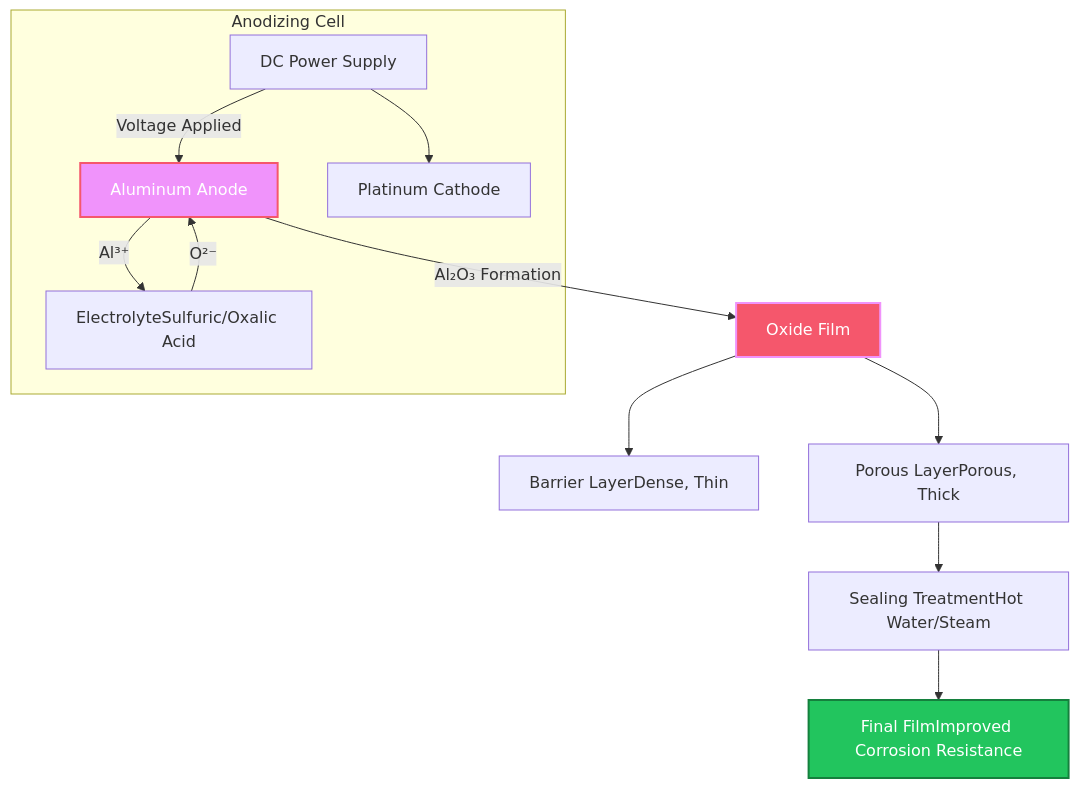
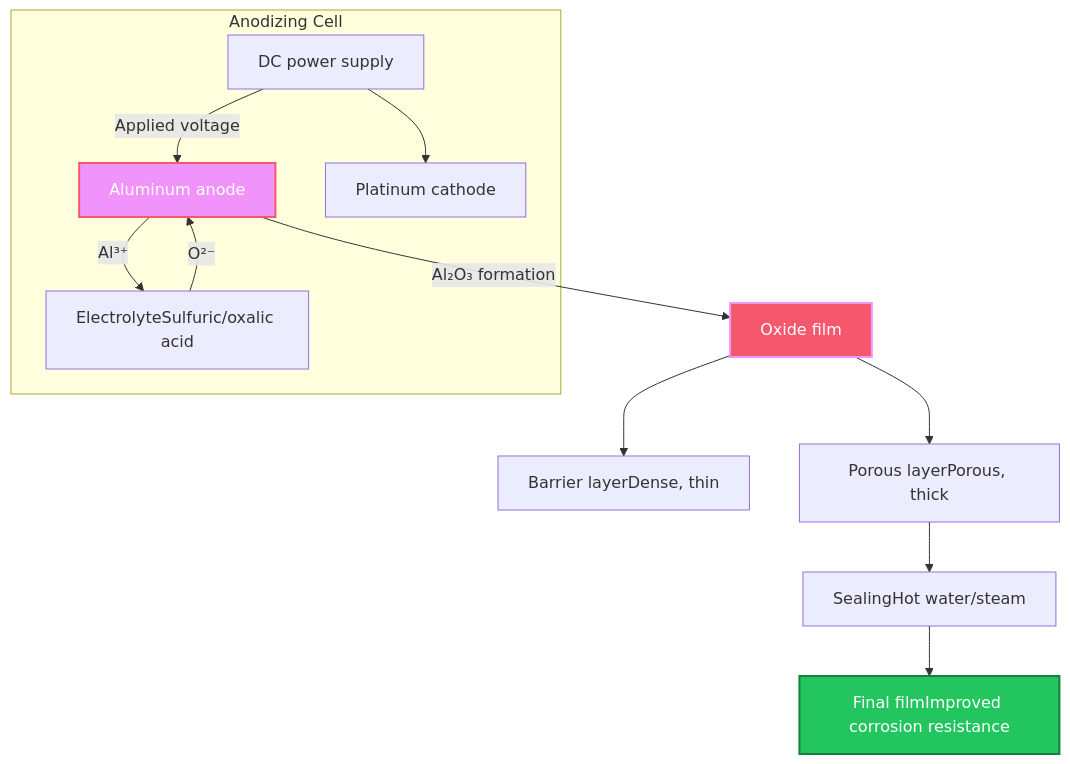
The diagram in knowledge/en/MS/processing-introduction/chapter-3.md (YusukeHashimotoLab/AI-Knowledge-Notes), drawn with Mermaid before and after one commit. The commit also changed other lines of this file and 57 other files, not shown here.

````diff
--- a/knowledge/en/MS/processing-introduction/chapter-3.md
+++ b/knowledge/en/MS/processing-introduction/chapter-3.md
@@ -317,25 +307,25 @@
     ```mermaid
     flowchart TB
         subgraph "Anodizing Cell"
-            A[Aluminum Anode]
-            B[ElectrolyteSulfuric/Oxalic Acid]
-            C[Platinum Cathode]
-            D[DC Power Supply]
+            A[Aluminum anode]
+            B[ElectrolyteSulfuric/oxalic acid]
+            C[Platinum cathode]
+            D[DC power supply]
         end
     
-        D -->|Voltage Applied| A
+        D -->|Applied voltage| A
         D --> C
         A -->|Al³⁺| B
         B -->|O²⁻| A
-        A -->|Al₂O₃ Formation| E[Oxide Film]
+        A -->|Al₂O₃ formation| E[Oxide film]
     
-        E --> F[Barrier LayerDense, Thin]
-        E --> G[Porous LayerPorous, Thick]
+        E --> F[Barrier layerDense, thin]
+        E --> G[Porous layerPorous, thick]
     
-        G --> H[Sealing TreatmentHot Water/Steam]
-        H --> I[Final FilmImproved Corrosion Resistance]
+        G --> H[SealingHot water/steam]
+        H --> I[Final filmImproved corrosion resistance]
     
         style A fill:#f093fb,stroke:#f5576c,stroke-width:2px,color:#fff
         style E fill:#f5576c,stroke:#f093fb,stroke-width:2px,color:#fff
         style I fill:#22c55e,stroke:#15803d,stroke-width:2px,color:#fff
     ```
````
